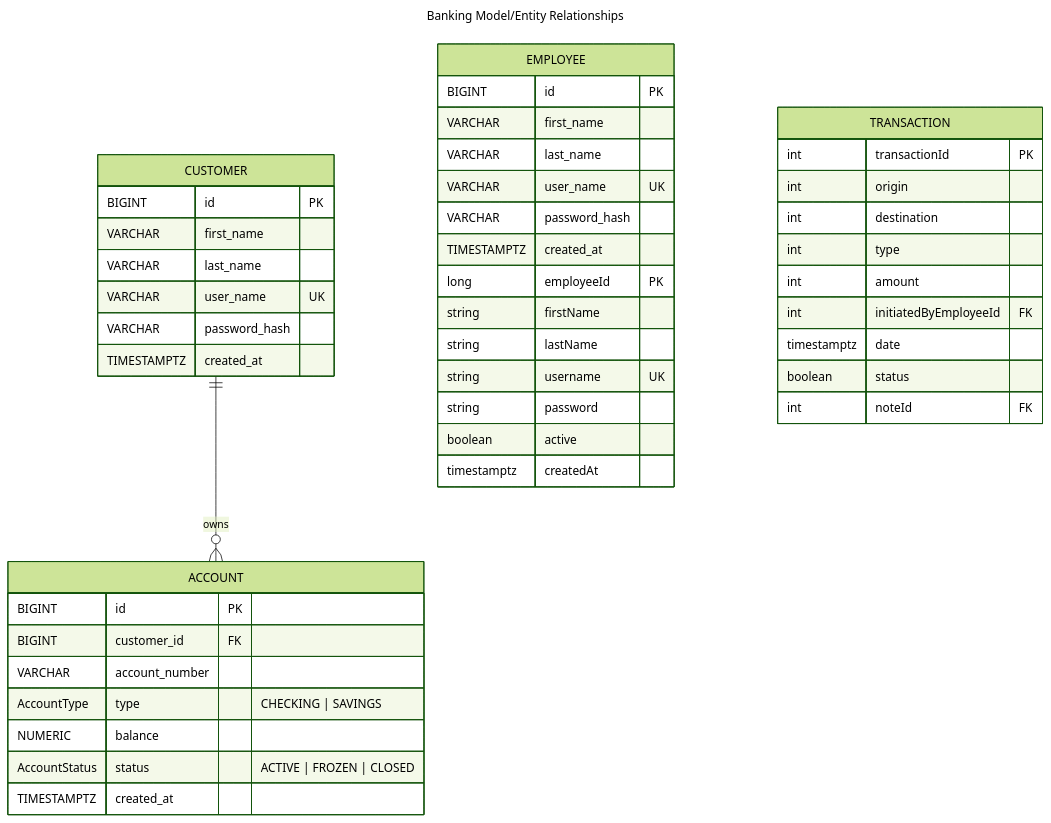
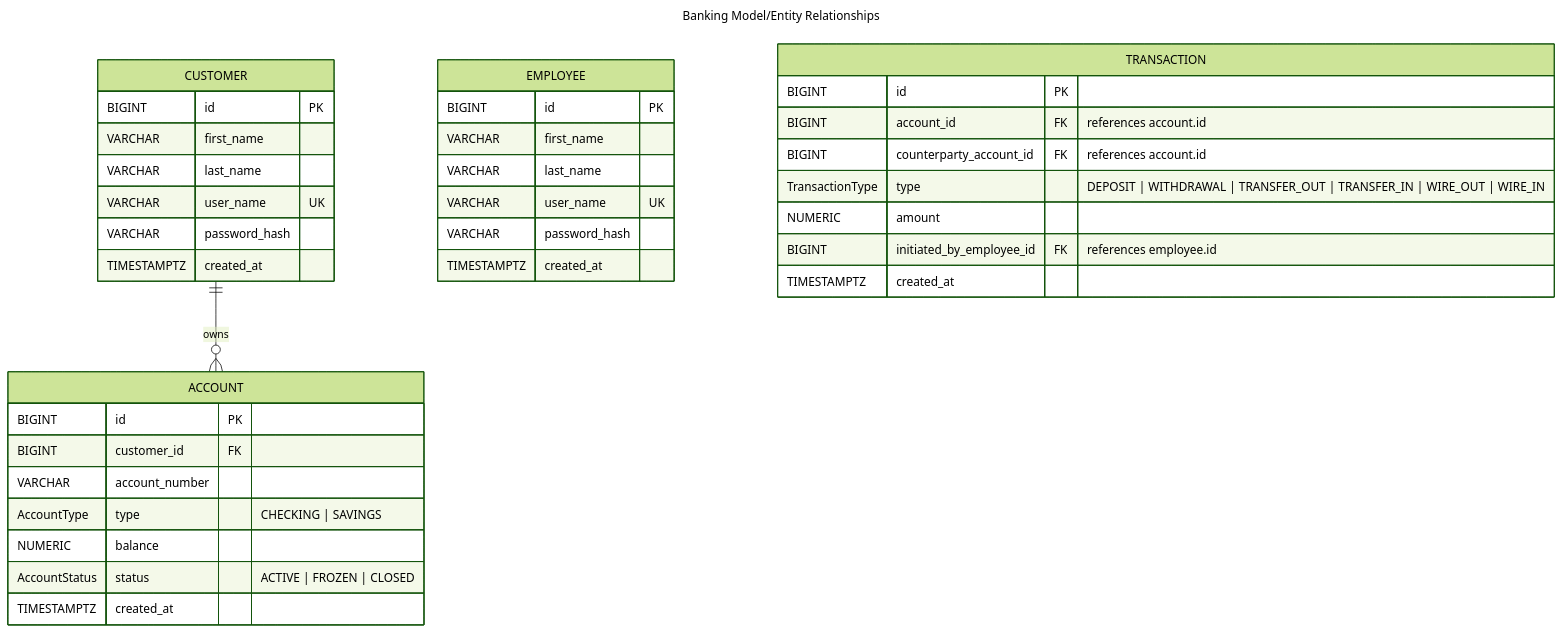
The diagram in ERD.md (schectma/P1BankingApp), drawn with Mermaid (forest theme) before and after one commit.

Commit message:
data type and label conformance to schema

````diff
--- a/ERD.md
+++ b/ERD.md
@@ -1,53 +1,42 @@
 ```mermaid
 ---
 title: Banking Model/Entity Relationships
 ---
 erDiagram
     CUSTOMER ||--o{ ACCOUNT : owns
 
     CUSTOMER{
         BIGINT id PK
         VARCHAR first_name
         VARCHAR last_name
         VARCHAR user_name UK
         VARCHAR password_hash 
         TIMESTAMPTZ created_at
     }
     ACCOUNT{
         BIGINT id PK
         BIGINT customer_id FK
         VARCHAR account_number
         AccountType type "CHECKING | SAVINGS"
         NUMERIC balance
         AccountStatus status "ACTIVE | FROZEN | CLOSED"
         TIMESTAMPTZ created_at
     }
     EMPLOYEE{
         BIGINT id PK
         VARCHAR first_name
         VARCHAR last_name
         VARCHAR user_name UK
         VARCHAR password_hash
         TIMESTAMPTZ created_at
     }
-    EMPLOYEE{
-        long employeeId PK
-        string firstName
-        string lastName
-        string username UK
-        string password
-        boolean active
-        timestamptz createdAt
-    }
     TRANSACTION{
-        int transactionId PK
-        int origin
-        int destination
-        int type
-        int amount
-        int initiatedByEmployeeId FK
-        timestamptz date
-        boolean status
-        int noteId FK
+        BIGINT id PK
+        BIGINT account_id FK "references account.id"
+        BIGINT counterparty_account_id FK "references account.id"
+        TransactionType type "DEPOSIT | WITHDRAWAL | TRANSFER_OUT | TRANSFER_IN | WIRE_OUT | WIRE_IN"
+        NUMERIC amount
+        BIGINT initiated_by_employee_id FK "references employee.id"
+        TIMESTAMPTZ created_at
     }
 ```
````
